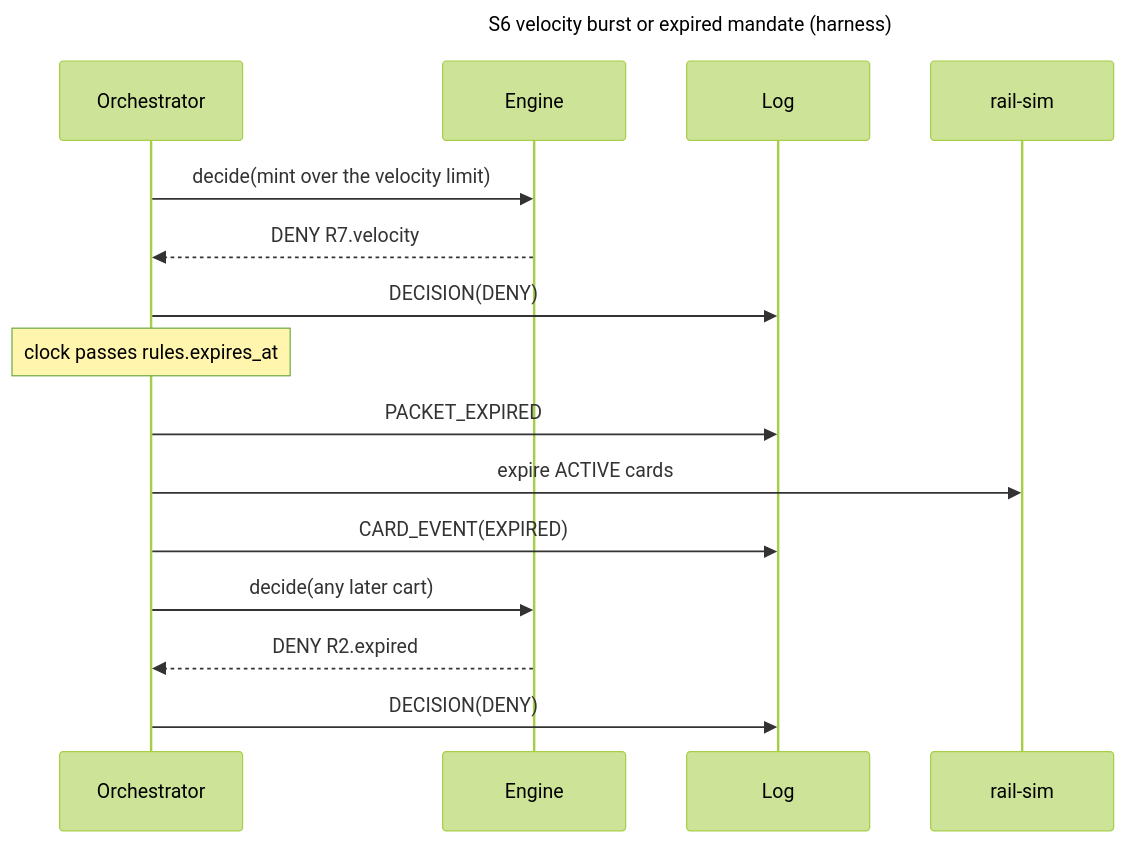
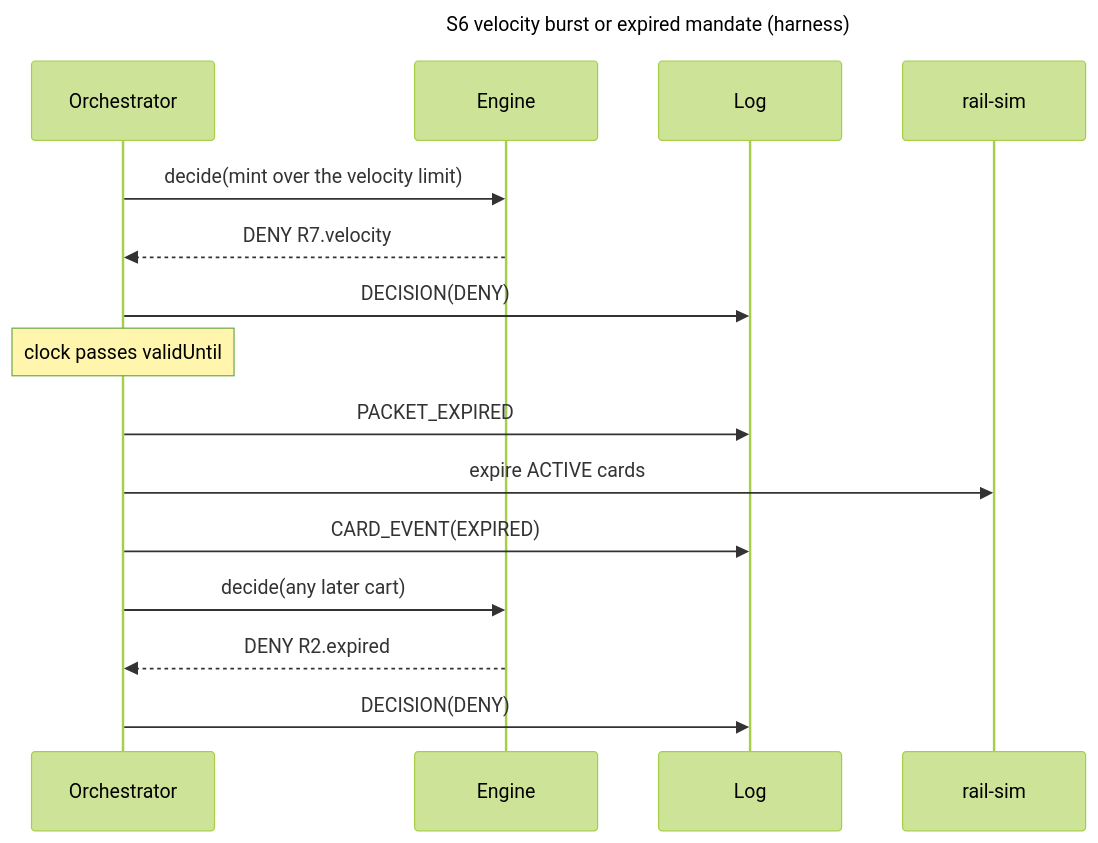
One commit to Leocthl/wally changed the ninth of 9 diagrams in docs/02-architecture.md. Above: the diagram before and after it, drawn with Mermaid (forest theme). The commit also changed other lines of this file and 24 other files, not shown here.

````diff
--- a/docs/02-architecture.md
+++ b/docs/02-architecture.md
@@ -159,18 +184,18 @@
 ```mermaid
 sequenceDiagram
   title S6 velocity burst or expired mandate (harness)
   participant O as Orchestrator
   participant E as Engine
   participant L as Log
   participant R as rail-sim
   O->>E: decide(mint over the velocity limit)
   E-->>O: DENY R7.velocity
   O->>L: DECISION(DENY)
-  Note over O: clock passes rules.expires_at
+  Note over O: clock passes validUntil
   O->>L: PACKET_EXPIRED
   O->>R: expire ACTIVE cards
   O->>L: CARD_EVENT(EXPIRED)
   O->>E: decide(any later cart)
   E-->>O: DENY R2.expired
   O->>L: DECISION(DENY)
 ```
````
